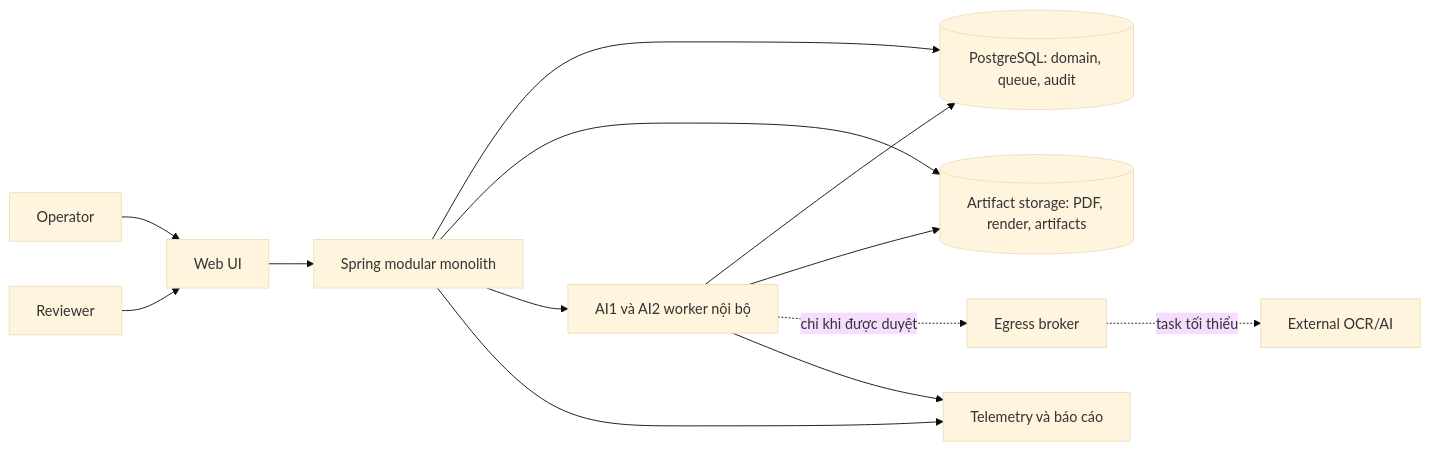
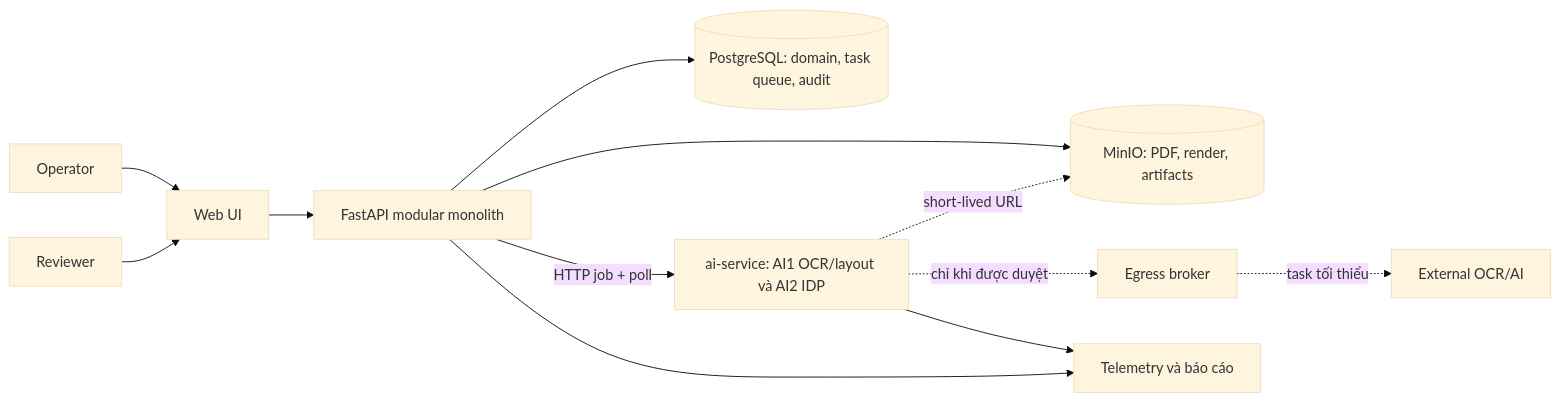
One commit to AI20K-VGR/contract-intelligence-core changed the first of 31 diagrams in docs/DOC-04-architecture.md. Above: the diagram before and after it, drawn with Mermaid (base theme). The commit also changed other lines of this file and 16 other files, not shown here.

First line of the commit message:
docs(repo): align stack to FastAPI backend-push, fix cross-document contract gaps

````diff
--- a/docs/DOC-04-architecture.md
+++ b/docs/DOC-04-architecture.md
@@ -46,15 +49,14 @@
 ```mermaid
 flowchart LR
   OP[Operator] --> UI[Web UI]
   RV[Reviewer] --> UI
-  UI --> API[Spring modular monolith]
-  API --> DB[(PostgreSQL: domain, queue, audit)]
-  API --> OS[(Artifact storage: PDF, render, artifacts)]
-  API --> W[AI1 và AI2 worker nội bộ]
-  W --> DB
-  W --> OS
+  UI --> API[FastAPI modular monolith]
+  API --> DB[(PostgreSQL: domain, task queue, audit)]
+  API --> OS[(MinIO: PDF, render, artifacts)]
+  API -- HTTP job + poll --> W[ai-service: AI1 OCR/layout và AI2 IDP]
+  W -. short-lived URL .-> OS
   W -. chỉ khi được duyệt .-> EG[Egress broker]
   EG -. task tối thiểu .-> EXT[External OCR/AI]
   API --> TEL[Telemetry và báo cáo]
   W --> TEL
 ```
````
